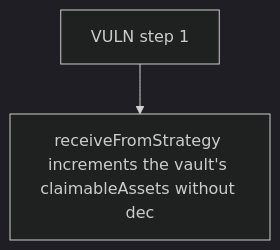
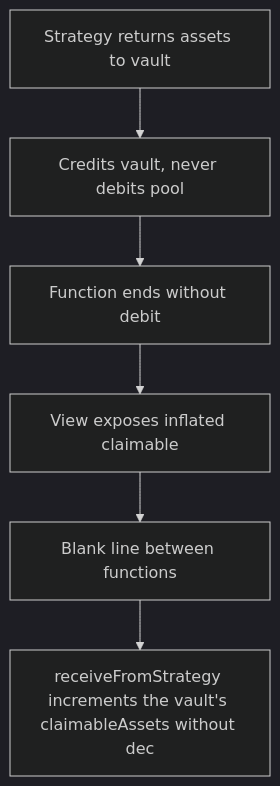
One commit to sanbir/evm-hack-registry changed the diagram in 63544-h-01-tvl-double-counts-assets-returned-from-strategy-to-vaul_exp/63544-h-01-tvl-double-counts-assets-returned-from-strategy-to-vaul_exp.md. Above: the diagram before and after it, drawn with Mermaid (dark theme). The commit also changed other lines of this file and 79 other files, not shown here.

````diff
--- a/63544-h-01-tvl-double-counts-assets-returned-from-strategy-to-vaul_exp/63544-h-01-tvl-double-counts-assets-returned-from-strategy-to-vaul_exp.md
+++ b/63544-h-01-tvl-double-counts-assets-returned-from-strategy-to-vaul_exp/63544-h-01-tvl-double-counts-assets-returned-from-strategy-to-vaul_exp.md
@@ -28,6 +28,14 @@
 ```mermaid
 flowchart TD
-  S0["VULN step 1"]
+  S0["Strategy returns assets to vault"]
+  S1["Credits vault, never debits pool"]
+  S2["Function ends without debit"]
+  S3["View exposes inflated claimable"]
+  S4["Blank line between functions"]
   H["receiveFromStrategy increments the vault's claimableAssets without dec"]
-  S0 --> H
+  S0 --> S1
+  S1 --> S2
+  S2 --> S3
+  S3 --> S4
+  S4 --> H
 ```
````
